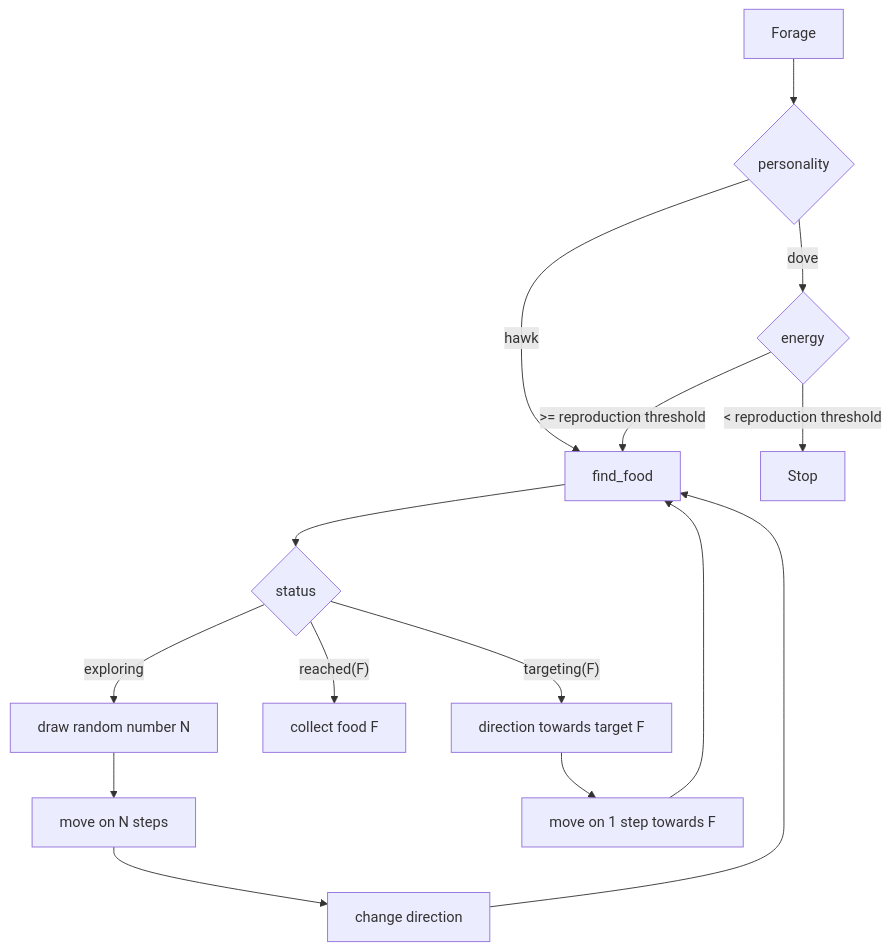
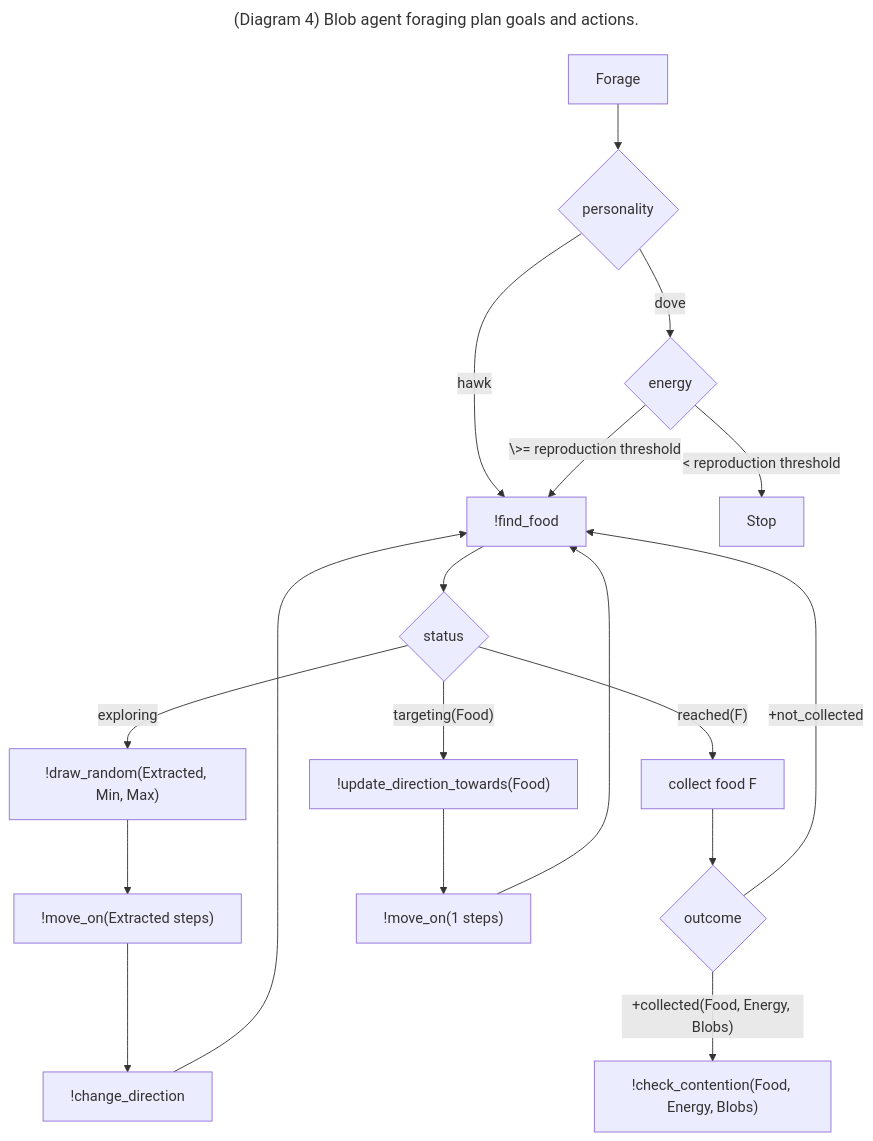
Before and after one commit to giovaz94/isee-project-2023-2024: the fourth of 4 diagrams in docs/report.md, drawn with Mermaid. The commit also changed other lines of this file, not shown here.

Commit message:
docs: ended foraging design

````diff
--- a/docs/report.md
+++ b/docs/report.md
@@ -303,24 +317,30 @@
 ```mermaid
+---
+title: (Diagram 4) Blob agent foraging plan goals and actions.
+---
 graph TD
     A["Forage"] --> Z{"personality"}
 
     Z -- "dove" --> B{"energy"}
 
     Z -- "hawk" --> C
 
-    B -- ">= reproduction threshold" --> C["find_food"]
+    B -- "\>= reproduction threshold" --> C["!find_food"]
     C --> D{"status"}
 
-    D -- "exploring" --> E0["draw random number N"]
-    E0 --> E1["move on N steps"]
-    E1 --> F["change direction"]
+    D -- "exploring" --> E0["!draw_random(Extracted, Min, Max)"]
+    E0 --> E1["!move_on(Extracted steps)"]
+    E1 --> F["!change_direction"]
     F --> C
 
     D -- "reached(F)" --> I["collect food F"]
+    I --> L{"outcome"}
+    L -- "+collected(Food, Energy, Blobs)" --> M["!check_contention(Food, Energy, Blobs)"]
+    L -- "+not_collected" --> C
 
-    D -- "targeting(F)" --> G["direction towards target F"]
-    G --> H["move on 1 step towards F"]
+    D -- "targeting(Food)" --> G["!update_direction_towards(Food)"]
+    G --> H["!move_on(1 steps)"]
     H --> C
 
     B -- "< reproduction threshold" --> J["Stop"]
 ```
````
